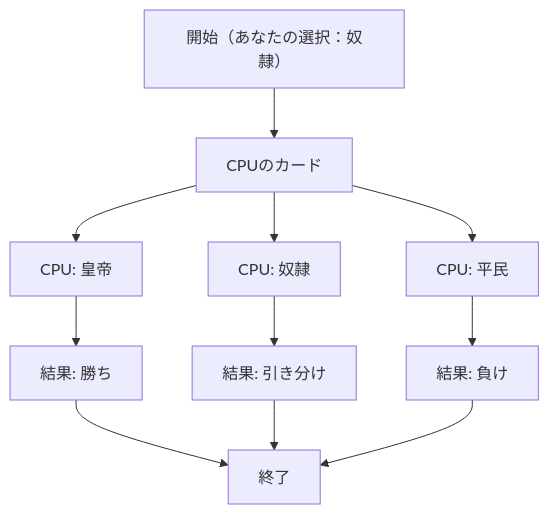
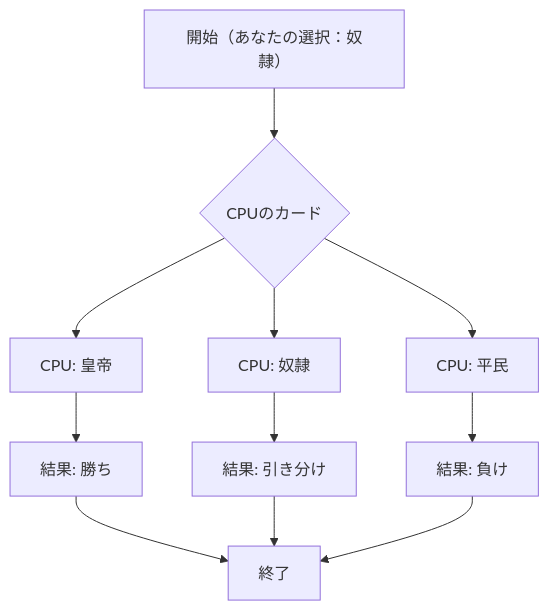
The seventh of 7 diagrams in README.md (Bunnies0722/webpro_06), drawn with Mermaid before and after one commit. The commit also changed other lines of this file, not shown here.

````diff
--- a/README.md
+++ b/README.md
@@ -172,21 +172,21 @@
 ```mermaid
 flowchart TD;
 
 start["開始（あなたの選択：奴隷）"];
-cpuChoose["CPUのカード"];
+cpuChoose{"CPUのカード"};
 
 cpuEmperor["CPU: 皇帝"];
 cpuSlave["CPU: 奴隷"];
 cpuCommon["CPU: 平民"];
 
 resultWin["結果: 勝ち"];
 resultLose["結果: 負け"];
 resultDraw["結果: 引き分け"];
 endGame["終了"];
 
 start --> cpuChoose;
 
 cpuChoose --> cpuEmperor --> resultWin --> endGame;
 cpuChoose --> cpuSlave --> resultDraw --> endGame;
 cpuChoose --> cpuCommon --> resultLose --> endGame;
 ```
````
